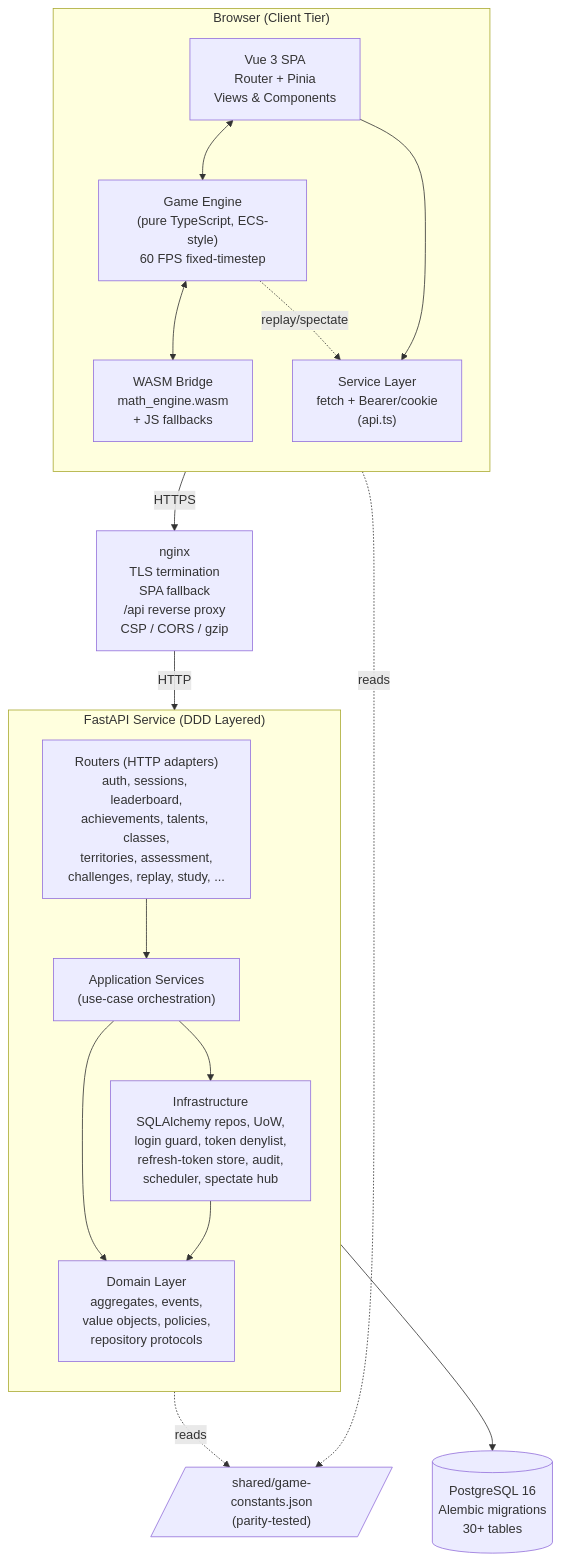
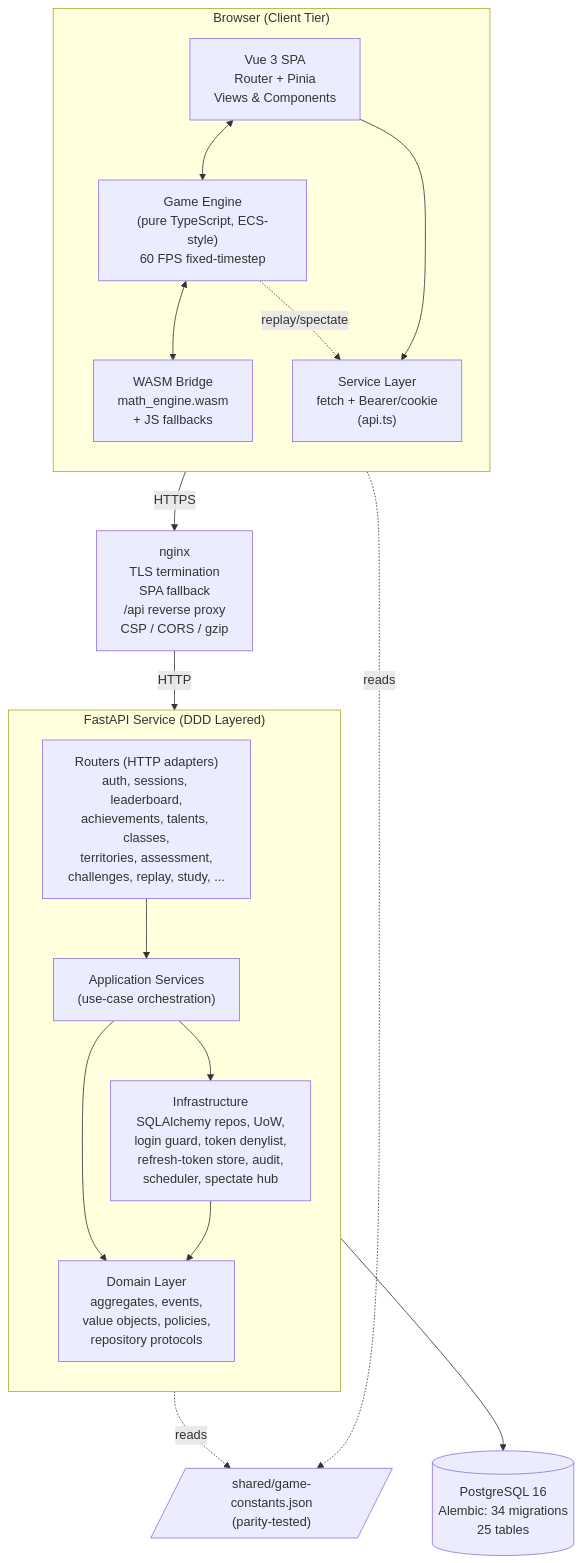
One commit to 2026-NTNU-Computer-Programming-II-POLS/Math-Defense changed the first of 10 diagrams in ARCHITECTURE.md. Above: the diagram before and after it, drawn with Mermaid. The commit also changed other lines of this file and 10 other files, not shown here.

````diff
--- a/ARCHITECTURE.md
+++ b/ARCHITECTURE.md
@@ -39,36 +39,36 @@
 ```mermaid
 flowchart TB
     subgraph Client["Browser (Client Tier)"]
         direction TB
         SPA["Vue 3 SPA<br/>Router + Pinia<br/>Views & Components"]
         Engine["Game Engine<br/>(pure TypeScript, ECS-style)<br/>60 FPS fixed-timestep"]
         WASM["WASM Bridge<br/>math_engine.wasm<br/>+ JS fallbacks"]
         APIClient["Service Layer<br/>fetch + Bearer/cookie<br/>(api.ts)"]
         SPA <--> Engine
         Engine <--> WASM
         SPA --> APIClient
         Engine -.replay/spectate.-> APIClient
     end
 
     Nginx["nginx<br/>TLS termination<br/>SPA fallback<br/>/api reverse proxy<br/>CSP / CORS / gzip"]
 
     subgraph Backend["FastAPI Service (DDD Layered)"]
         direction TB
         Routers["Routers (HTTP adapters)<br/>auth, sessions, leaderboard,<br/>achievements, talents, classes,<br/>territories, assessment,<br/>challenges, replay, study, ..."]
         AppSvc["Application Services<br/>(use-case orchestration)"]
         Domain["Domain Layer<br/>aggregates, events,<br/>value objects, policies,<br/>repository protocols"]
         Infra["Infrastructure<br/>SQLAlchemy repos, UoW,<br/>login guard, token denylist,<br/>refresh-token store, audit,<br/>scheduler, spectate hub"]
         Routers --> AppSvc --> Domain
         AppSvc --> Infra
         Infra --> Domain
     end
 
-    DB[("PostgreSQL 16<br/>Alembic migrations<br/>30+ tables")]
+    DB[("PostgreSQL 16<br/>Alembic: 34 migrations<br/>25 tables")]
     Shared[/"shared/game-constants.json<br/>(parity-tested)"/]
 
     Client -- HTTPS --> Nginx
     Nginx -- HTTP --> Routers
     Infra --> DB
     Engine -. reads .-> Shared
     Backend -. reads .-> Shared
 ```
````
